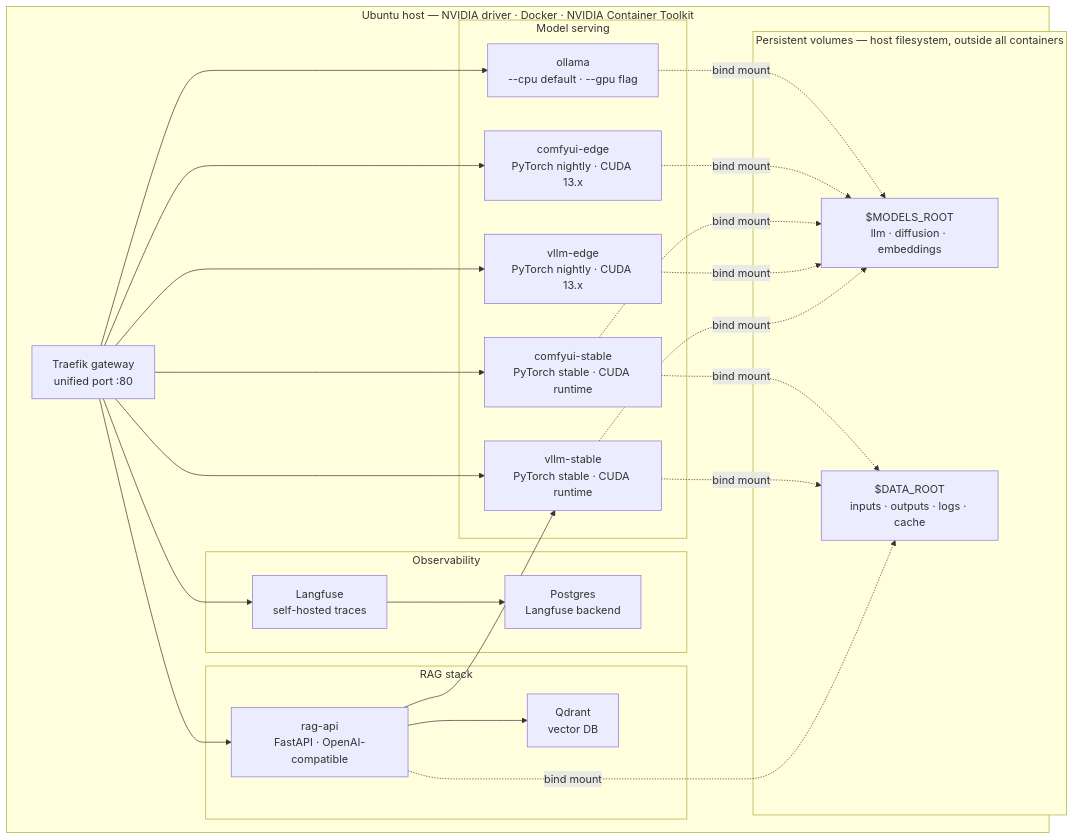
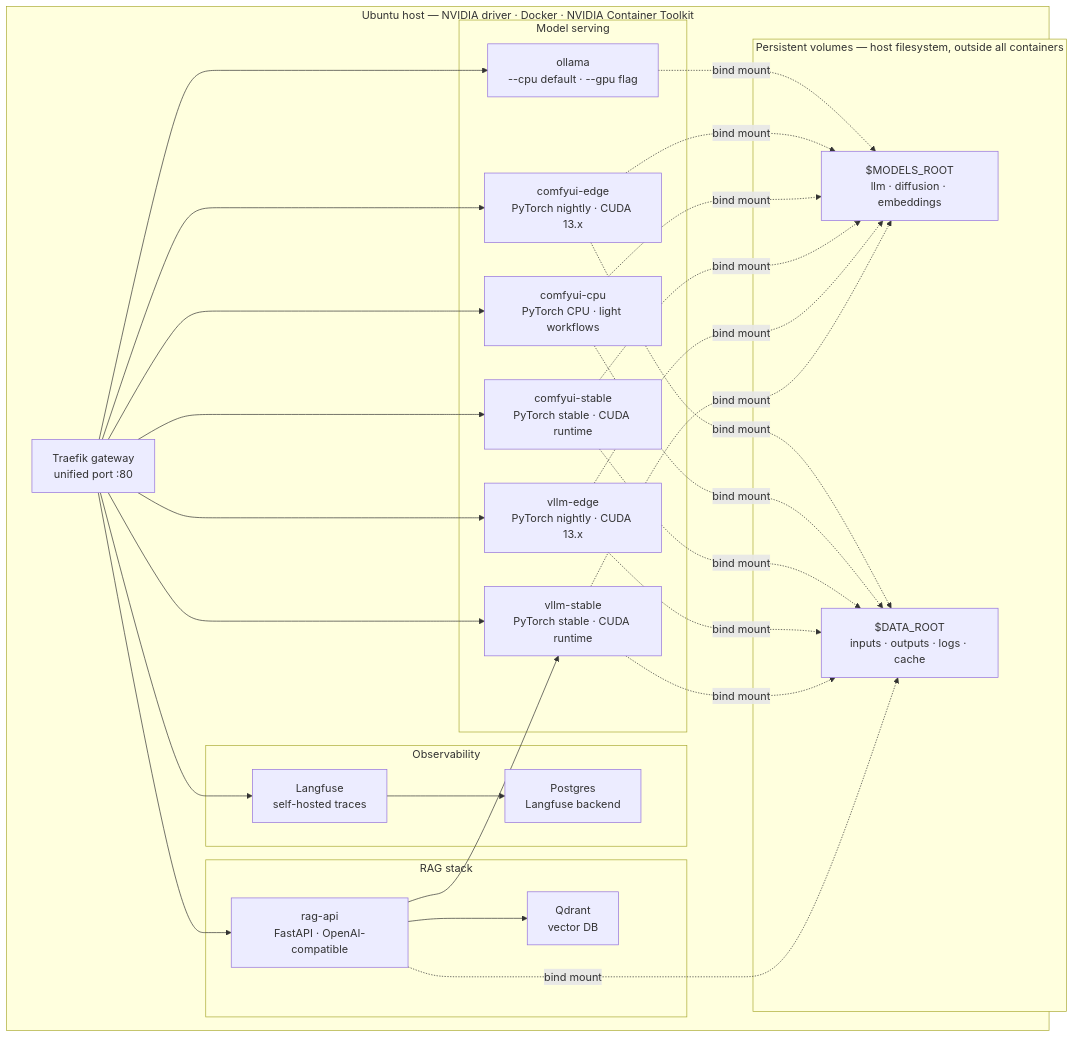
The diagram in README.md (gogluejf/rig-stack), drawn with Mermaid before and after one commit. The commit also changed other lines of this file and 15 other files, not shown here.

````diff
--- a/README.md
+++ b/README.md
@@ -129,37 +129,38 @@
 ```mermaid
 graph TD
   subgraph HOST["Ubuntu host — NVIDIA driver · Docker · NVIDIA Container Toolkit"]
     TF["Traefik gateway\nunified port :80"]
 
     subgraph SERVING["Model serving"]
       VS["vllm-stable\nPyTorch stable · CUDA runtime"]
       VE["vllm-edge\nPyTorch nightly · CUDA 13.x"]
       CS["comfyui-stable\nPyTorch stable · CUDA runtime"]
+      CC["comfyui-cpu\nPyTorch CPU · light workflows"]
       CE["comfyui-edge\nPyTorch nightly · CUDA 13.x"]
       OL["ollama\n--cpu default · --gpu flag"]
     end
 
     subgraph OBS["Observability"]
       LF["Langfuse\nself-hosted traces"]
       PG["Postgres\nLangfuse backend"]
     end
 
     subgraph RAGSTACK["RAG stack"]
       RA["rag-api\nFastAPI · OpenAI-compatible"]
       QD["Qdrant\nvector DB"]
     end
 
     subgraph VOLUMES["Persistent volumes — host filesystem, outside all containers"]
       M["$MODELS_ROOT\nllm · diffusion · embeddings"]
       D["$DATA_ROOT\ninputs · outputs · logs · cache"]
     end
   end
 
-  TF --> VS & VE & CS & CE & OL & RA & LF
+  TF --> VS & VE & CS & CC & CE & OL & RA & LF
   RA --> QD
   RA --> VS
   LF --> PG
 
-  VS & VE & CS & CE & OL -.->|bind mount| M
-  RA & VS & CS -.->|bind mount| D
+  VS & VE & CS & CC & CE & OL -.->|bind mount| M
+  RA & VS & VE & CS & CC & CE -.->|bind mount| D
 ```
````
